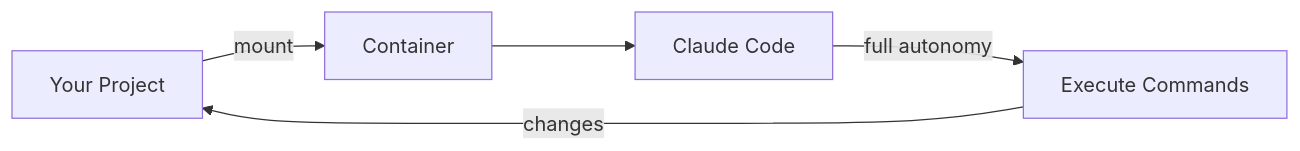
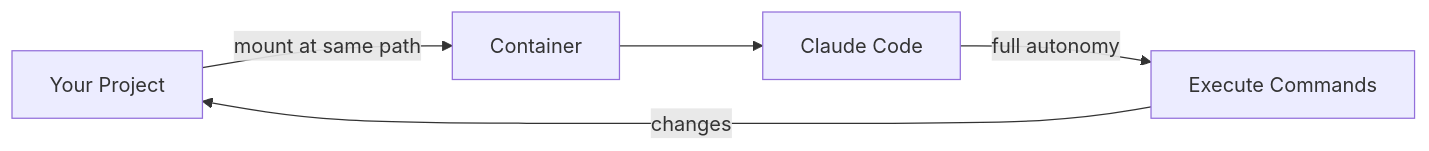
One commit to tsilva/claudebox changed the diagram in README.md. Above: the diagram before and after it, drawn with Mermaid. The commit also changed other lines of this file and 3 other files, not shown here.

````diff
--- a/README.md
+++ b/README.md
@@ -115,7 +164,7 @@
 ```mermaid
 graph LR
-    A[Your Project] -->|mount| B[Container]
+    A[Your Project] -->|mount at same path| B[Container]
     B --> C[Claude Code]
     C -->|full autonomy| D[Execute Commands]
     D -->|changes| A
 ```
````
